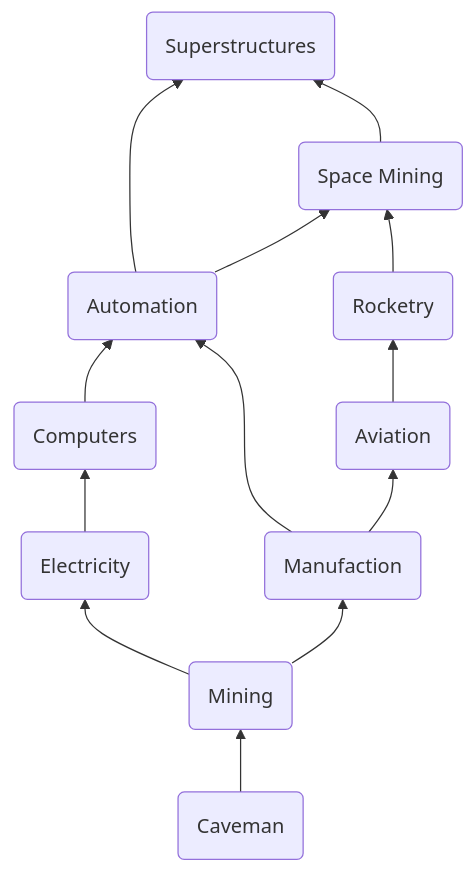
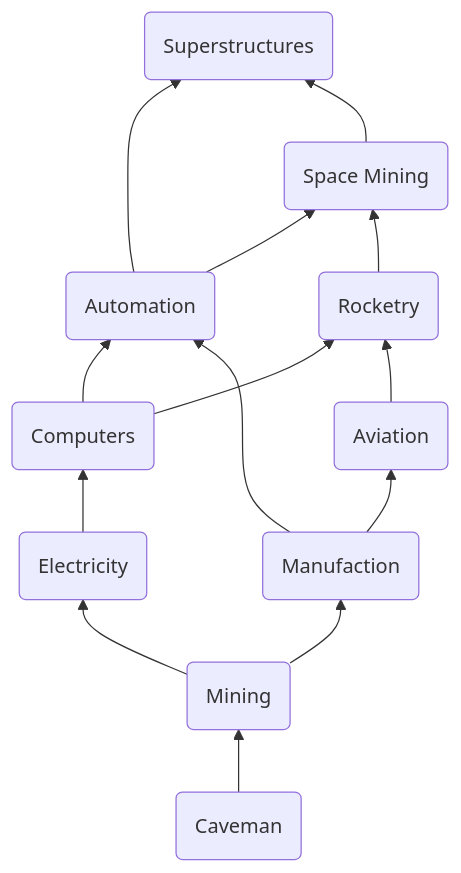
One commit to ethan-w-foshee/TerraStella changed the diagram in FLOWCHART.md. Above: the diagram before and after it, drawn with Mermaid.

Commit message:
Computers for Rocketry

````diff
--- a/FLOWCHART.md
+++ b/FLOWCHART.md
@@ -14,26 +14,27 @@
 ```mermaid
 flowchart BT
 1(Caveman)
 2(Mining)
 3(Electricity)
 4(Manufaction)
 5(Computers)
 6(Automation)
 7(Aviation)
 8(Rocketry)
 9(Space Mining)
 10(Superstructures)
 
 1 --> 2
 2 --> 3
 2 --> 4
 3 --> 5
 5 --> 6
 4 --> 6
 4 --> 7
+5 --> 8
 7 --> 8
 6 --> 9
 8 --> 9
 6 --> 10
 9 --> 10
 ```
````
